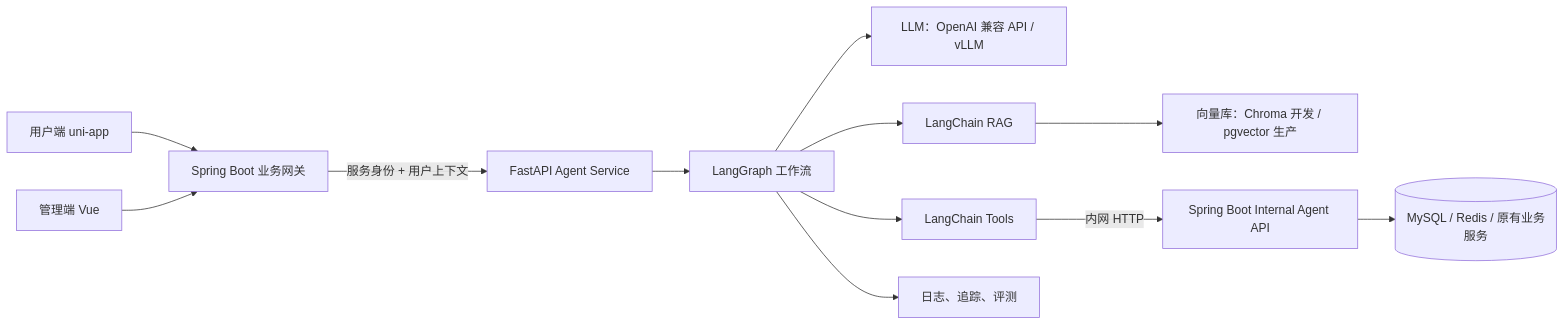
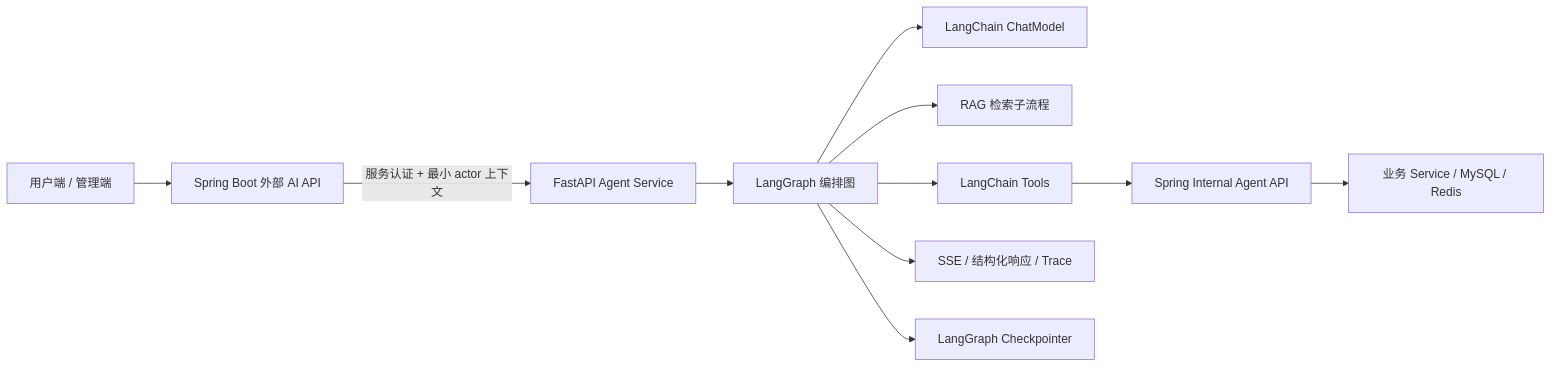
One commit to Kstechero/take-out-guys changed the first of 5 diagrams in docs/agent-service/LANGCHAIN_RAG_AGENT_MICROSERVICE_PLAN.md. Above: the diagram before and after it, drawn with Mermaid. The commit also changed other lines of this file and 426 other files, not shown here.

Commit message:
feat: complete agent service integration

````diff
--- a/docs/agent-service/LANGCHAIN_RAG_AGENT_MICROSERVICE_PLAN.md
+++ b/docs/agent-service/LANGCHAIN_RAG_AGENT_MICROSERVICE_PLAN.md
@@ -19,14 +47,13 @@
 ```mermaid
 flowchart LR
-    U["用户端 uni-app"] --> J["Spring Boot 业务网关"]
-    A["管理端 Vue"] --> J
-    J -->|"服务身份 + 用户上下文"| P["FastAPI Agent Service"]
-    P --> G["LangGraph 工作流"]
-    G --> L["LLM：OpenAI 兼容 API / vLLM"]
-    G --> R["LangChain RAG"]
-    R --> V["向量库：Chroma 开发 / pgvector 生产"]
-    G --> T["LangChain Tools"]
-    T -->|"内网 HTTP"| I["Spring Boot Internal Agent API"]
-    I --> D[("MySQL / Redis / 原有业务服务")]
-    G --> O["日志、追踪、评测"]
+  FE["用户端 / 管理端"] --> API["Spring Boot 外部 AI API"]
+  API -->|"服务认证 + 最小 actor 上下文"| FAST["FastAPI Agent Service"]
+  FAST --> GRAPH["LangGraph 编排图"]
+  GRAPH --> MODEL["LangChain ChatModel"]
+  GRAPH --> RAG["RAG 检索子流程"]
+  GRAPH --> TOOLS["LangChain Tools"]
+  TOOLS --> INTERNAL["Spring Internal Agent API"]
+  INTERNAL --> BIZ["业务 Service / MySQL / Redis"]
+  GRAPH --> STREAM["SSE / 结构化响应 / Trace"]
+  GRAPH --> CHECK["LangGraph Checkpointer"]
 ```
````
